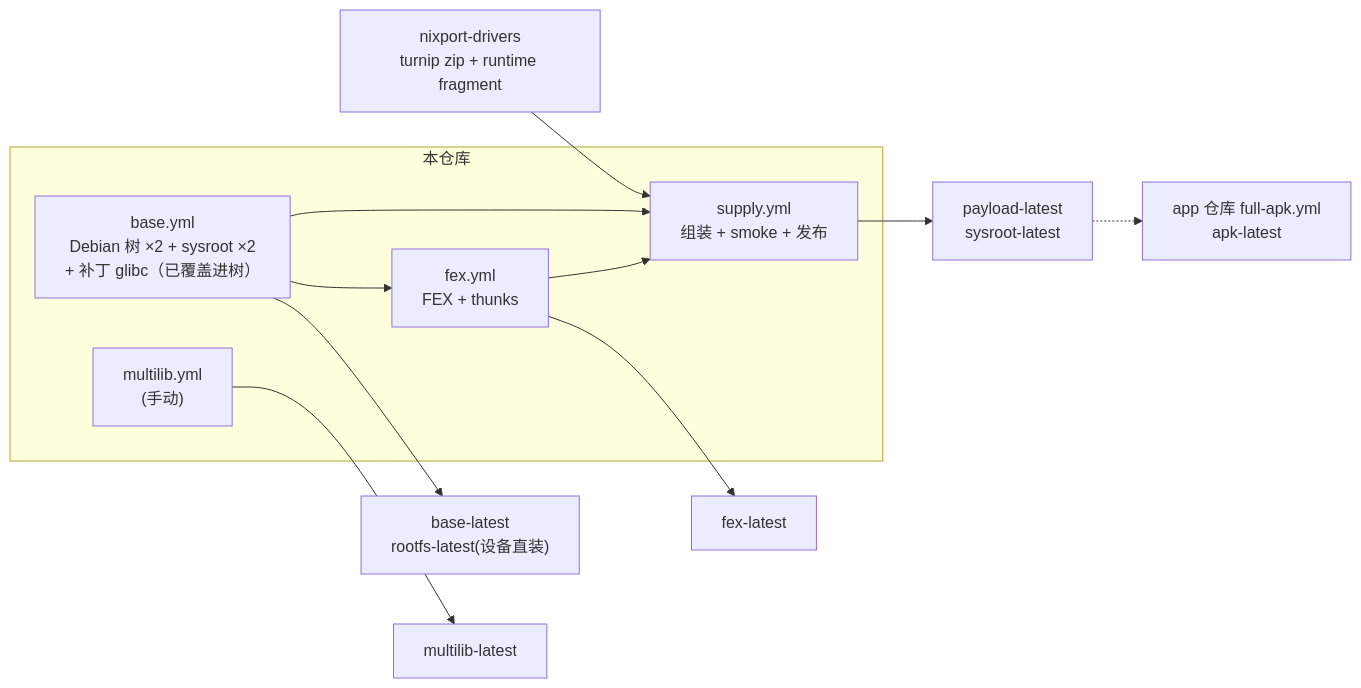
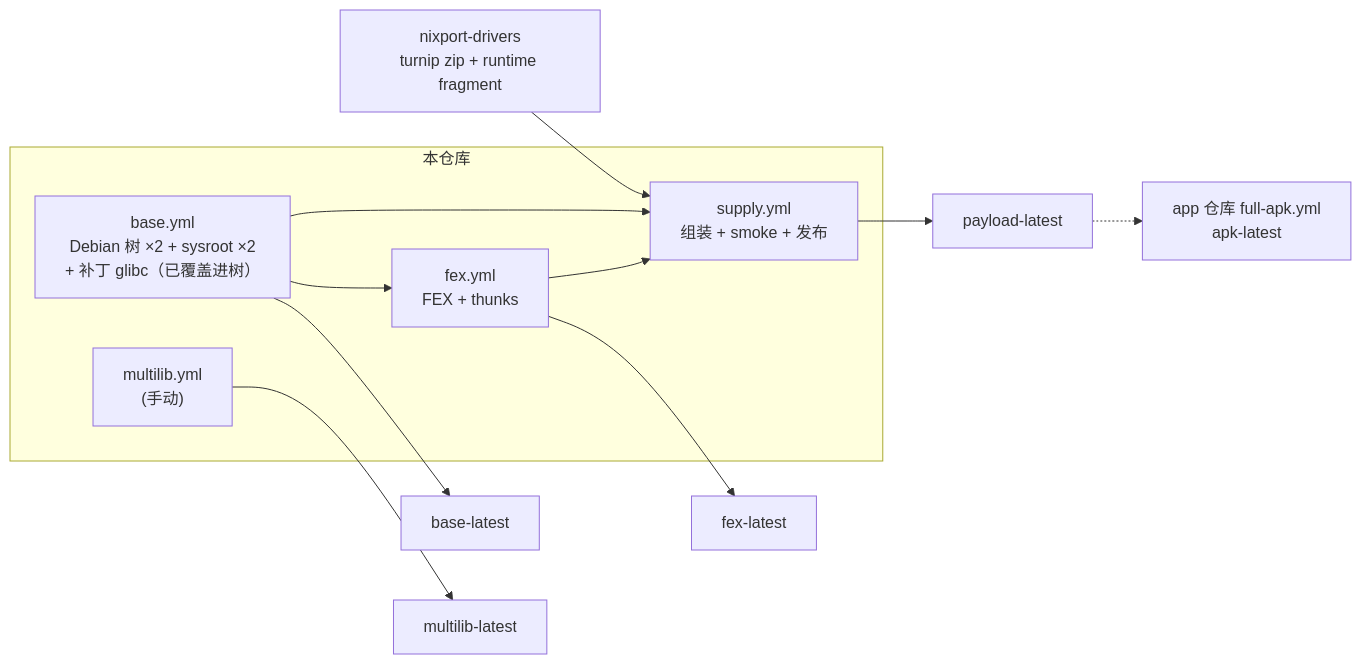
The diagram in README.md (NixPort/nixport-rootfs), drawn with Mermaid before and after one commit. The commit also changed other lines of this file and 6 other files, not shown here.

Commit message:
refactor: 渠道收敛 A1——退役 rootfs-latest/sysroot-latest（删发布步骤），全流水线改纯手动触发（push 不触发）；config.sh 注释对齐 payload-latest

````diff
--- a/README.md
+++ b/README.md
@@ -14,15 +14,15 @@
 ```mermaid
 graph LR
     DR["nixport-drivers<br/>turnip zip + runtime fragment"] --> S
     subgraph 本仓库
         B["base.yml<br/>Debian 树 ×2 + sysroot ×2<br/>+ 补丁 glibc（已覆盖进树）"] --> F["fex.yml<br/>FEX + thunks"]
         B --> S["supply.yml<br/>组装 + smoke + 发布"]
         F --> S
         M["multilib.yml<br/>(手动)"] 
     end
-    S --> P["payload-latest<br/>sysroot-latest"]
-    B --> BL["base-latest<br/>rootfs-latest(设备直装)"]
+    S --> P["payload-latest"]
+    B --> BL["base-latest"]
     F --> FL["fex-latest"]
     M --> ML["multilib-latest"]
     P -.-> A["app 仓库 full-apk.yml<br/>apk-latest"]
 ```
````
